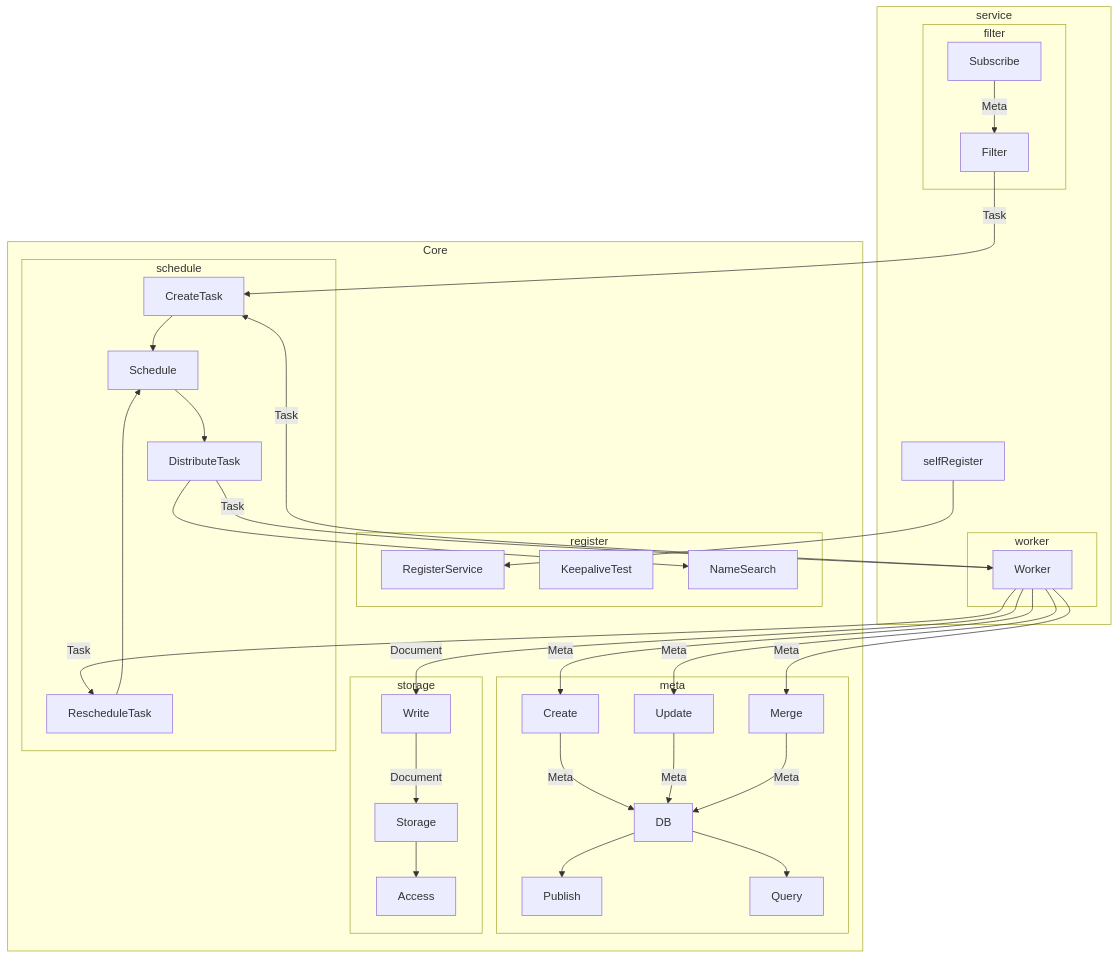
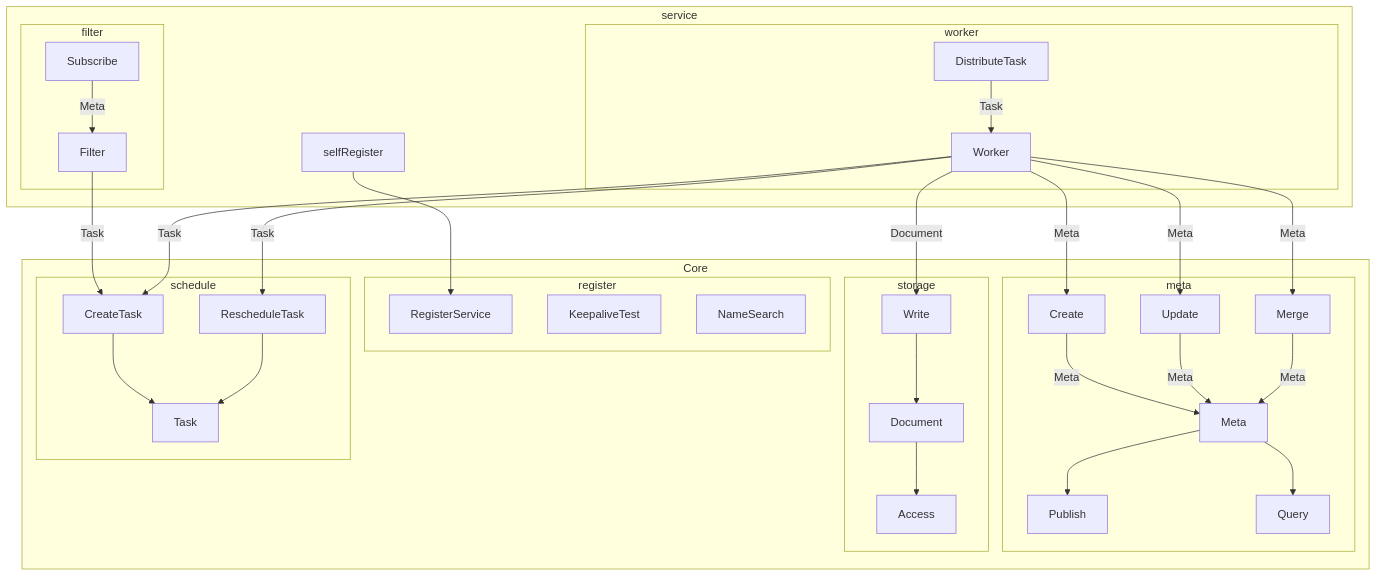
Before and after one commit to Sciuromorpha/Documents: the second of 2 diagrams in Design/System Design.v2.md, drawn with Mermaid. The commit also changed other lines of this file, not shown here.

````diff
--- a/Design/System Design.v2.md
+++ b/Design/System Design.v2.md
@@ -5,39 +35,39 @@
 ```mermaid
 graph TD
   subgraph Core
     subgraph meta
-        Create--Meta-->DB-->Publish
-        Update--Meta-->DB
-        Merge--Meta-->DB 
-        DB-->Query
+        Create--Meta-->Meta-->Publish
+        Update--Meta-->Meta
+        Merge--Meta-->Meta
+        Meta-->Query
     end
     subgraph storage
-        Write--Document-->Storage
-        Storage-->Access
+        Write-->Document
+        Document-->Access
     end
     subgraph register
         RegisterService
         KeepaliveTest
         NameSearch
     end
     subgraph schedule
-        CreateTask-->Schedule-->DistributeTask-->NameSearch
-        RescheduleTask-->Schedule
+        CreateTask-->Task
+        RescheduleTask-->Task
     end
   end
   subgraph service
     selfRegister-->RegisterService
     subgraph filter
         Subscribe--Meta-->Filter--Task-->CreateTask
     end
     subgraph worker
         DistributeTask--Task-->Worker
         Worker--Meta-->Create
         Worker--Meta-->Update
         Worker--Meta-->Merge
         Worker--Task-->CreateTask
         Worker--Task-->RescheduleTask
         Worker--Document-->Write
     end
   end
 ```
````
